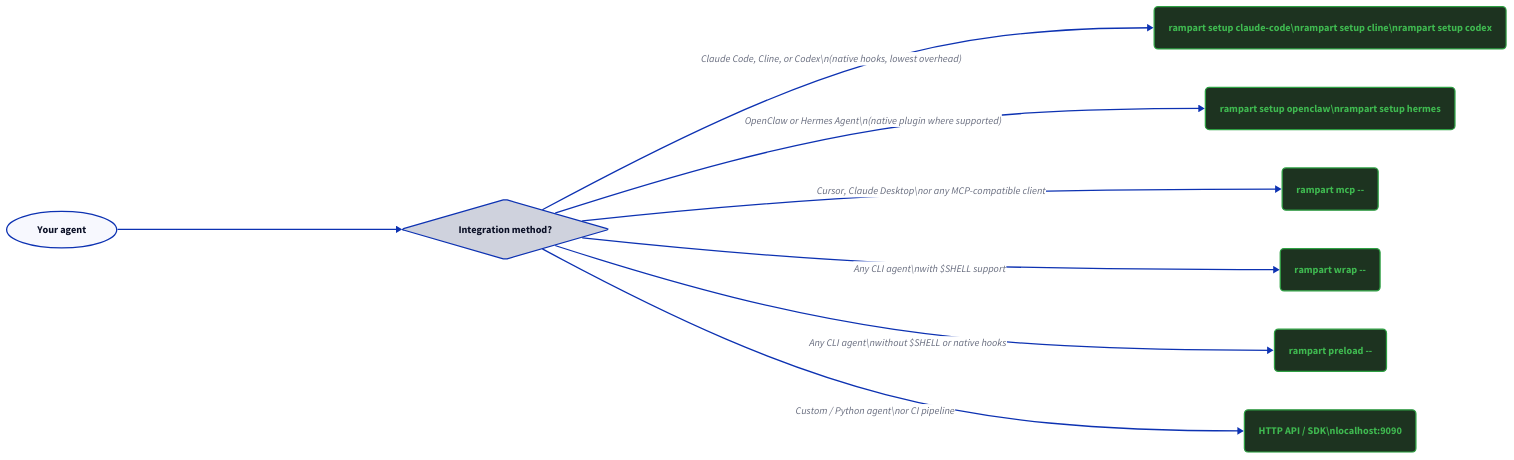
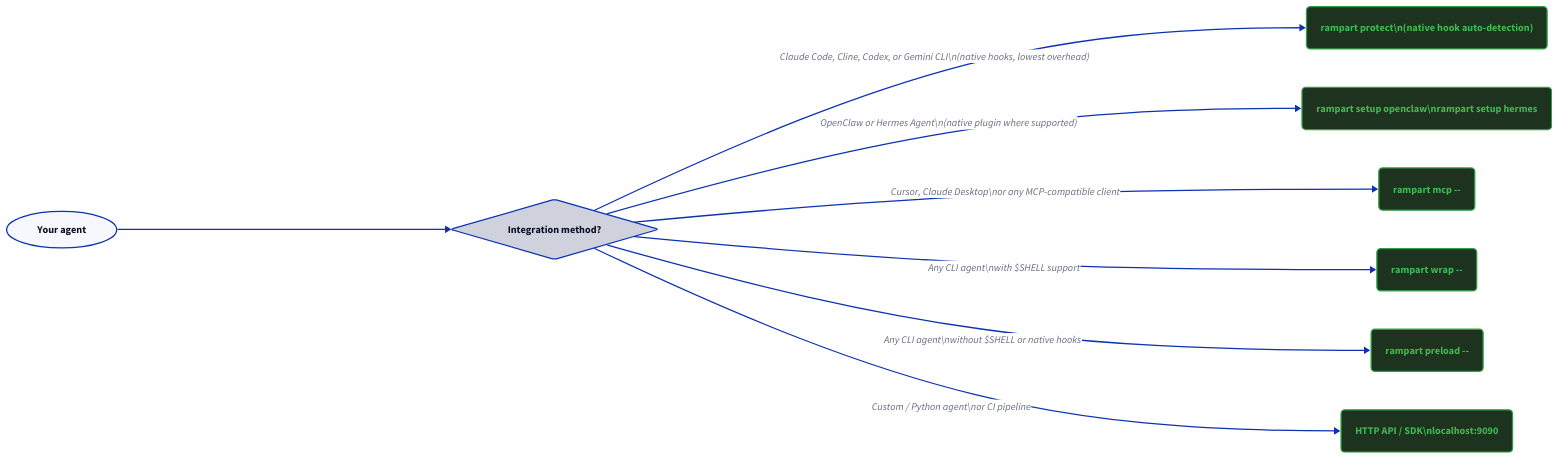
Before and after one commit to peg/rampart: the diagram in docs-site/integrations/index.md, drawn with D2. The commit also changed other lines of this file and 35 other files, not shown here.

Commit message:
feat: add zero-config integration drivers and Gemini CLI

````diff
--- a/docs-site/integrations/index.md
+++ b/docs-site/integrations/index.md
@@ -58,35 +60,35 @@
 ```d2
 direction: right
 
 start: "Your agent" {shape: oval}
 
 q: "Integration method?" {shape: diamond}
 
-hooks: "rampart setup claude-code\\nrampart setup cline\\nrampart setup codex" {
+hooks: "rampart protect\\n(native hook auto-detection)" {
   style.fill: "#1d3320"; style.stroke: "#2ea043"; style.font-color: "#3fb950"; style.border-radius: 6
 }
 shim: "rampart setup openclaw\\nrampart setup hermes" {
   style.fill: "#1d3320"; style.stroke: "#2ea043"; style.font-color: "#3fb950"; style.border-radius: 6
 }
 mcp: "rampart mcp --" {
   style.fill: "#1d3320"; style.stroke: "#2ea043"; style.font-color: "#3fb950"; style.border-radius: 6
 }
 wrap: "rampart wrap --" {
   style.fill: "#1d3320"; style.stroke: "#2ea043"; style.font-color: "#3fb950"; style.border-radius: 6
 }
 preload: "rampart preload --" {
   style.fill: "#1d3320"; style.stroke: "#2ea043"; style.font-color: "#3fb950"; style.border-radius: 6
 }
 api: "HTTP API / SDK\\nlocalhost:9090" {
   style.fill: "#1d3320"; style.stroke: "#2ea043"; style.font-color: "#3fb950"; style.border-radius: 6
 }
 
 start -> q
 
-q -> hooks: "Claude Code, Cline, or Codex\\n(native hooks, lowest overhead)"
+q -> hooks: "Claude Code, Cline, Codex, or Gemini CLI\\n(native hooks, lowest overhead)"
 q -> shim: "OpenClaw or Hermes Agent\\n(native plugin where supported)"
 q -> mcp: "Cursor, Claude Desktop\\nor any MCP-compatible client"
 q -> wrap: "Any CLI agent\\nwith \$SHELL support"
 q -> preload: "Any CLI agent\\nwithout \$SHELL or native hooks"
 q -> api: "Custom / Python agent\\nor CI pipeline"
 ```
````
